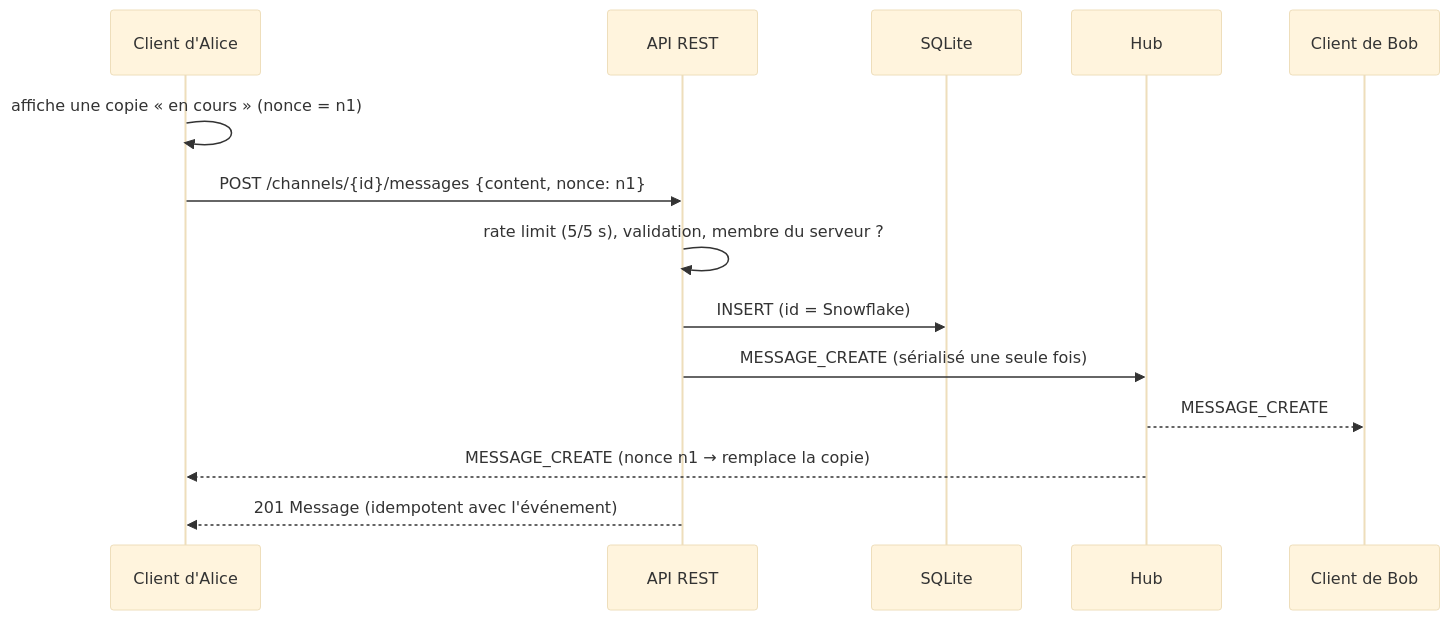
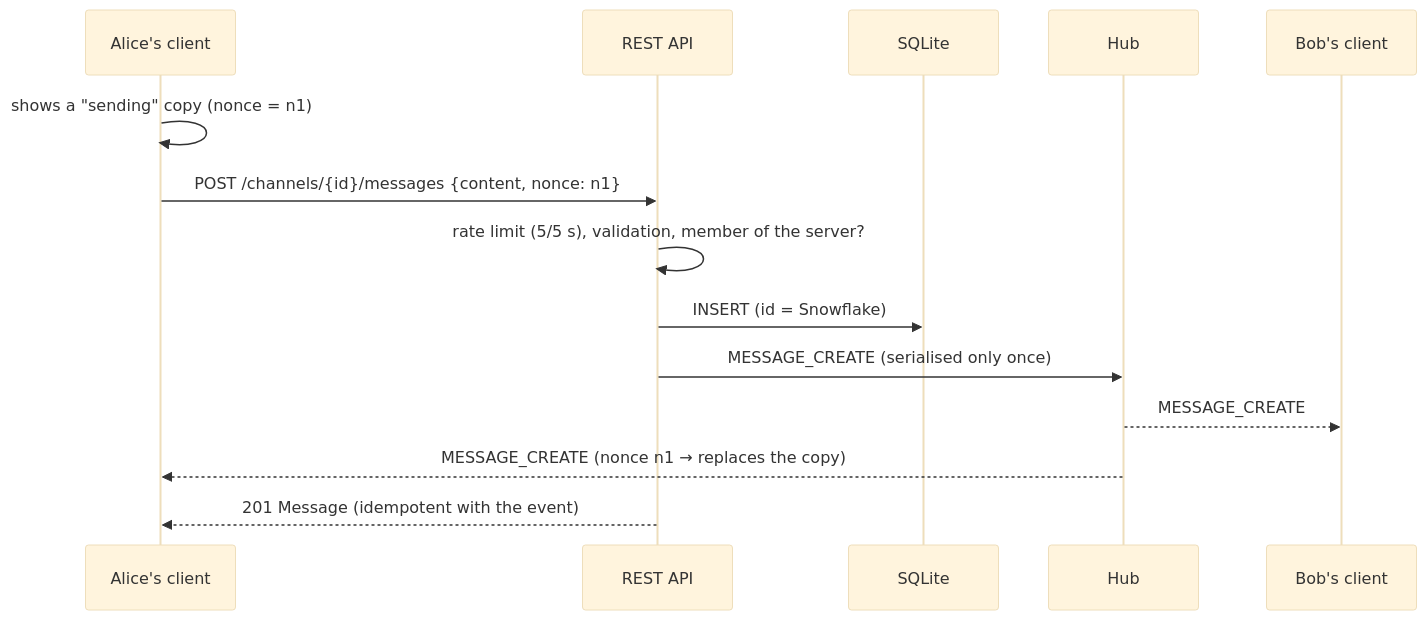
The third of 4 diagrams in docs/ARCHITECTURE.md (DonRosio/plume-lite), drawn with Mermaid (base theme) before and after one commit. The commit also changed other lines of this file and 11 other files, not shown here.

````diff
--- a/docs/ARCHITECTURE.md
+++ b/docs/ARCHITECTURE.md
@@ -146,16 +144,16 @@
 ```mermaid
 sequenceDiagram
-    participant A as Client d'Alice
-    participant API as API REST
+    participant A as Alice's client
+    participant API as REST API
     participant DB as SQLite
     participant H as Hub
-    participant B as Client de Bob
-    A->>A: affiche une copie « en cours » (nonce = n1)
+    participant B as Bob's client
+    A->>A: shows a "sending" copy (nonce = n1)
     A->>API: POST /channels/{id}/messages {content, nonce: n1}
-    API->>API: rate limit (5/5 s), validation, membre du serveur ?
+    API->>API: rate limit (5/5 s), validation, member of the server?
     API->>DB: INSERT (id = Snowflake)
-    API->>H: MESSAGE_CREATE (sérialisé une seule fois)
+    API->>H: MESSAGE_CREATE (serialised only once)
     H-->>B: MESSAGE_CREATE
-    H-->>A: MESSAGE_CREATE (nonce n1 → remplace la copie)
-    API-->>A: 201 Message (idempotent avec l'événement)
+    H-->>A: MESSAGE_CREATE (nonce n1 → replaces the copy)
+    API-->>A: 201 Message (idempotent with the event)
 ```
````
